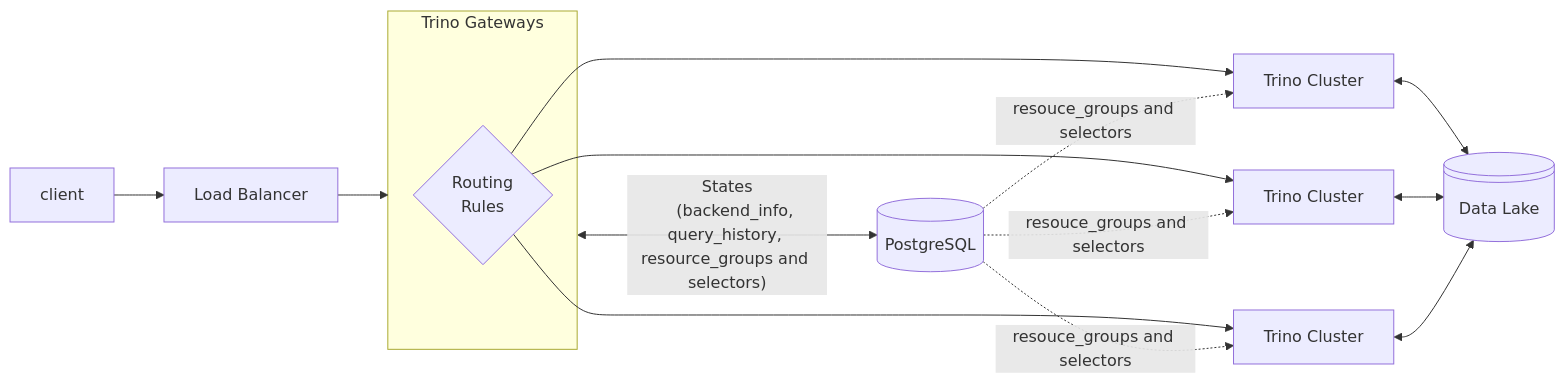
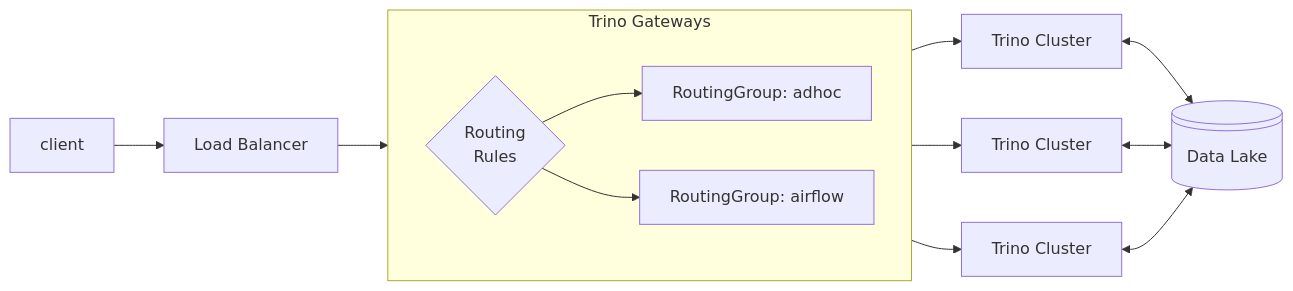
One commit to gavinjwl/trino-on-k8s changed the second of 4 diagrams in README.md. Above: the diagram before and after it, drawn with Mermaid. The commit also changed other lines of this file, not shown here.

````diff
--- a/README.md
+++ b/README.md
@@ -29,18 +30,19 @@
 ```mermaid
-graph LR
+flowchart LR
     client["client"]
     client --> lb["Load Balancer"]
 
-    lb["Load Balancer"] --> trino_gateway["Trino Gateway"]
+    lb --> trino_gateway
     subgraph trino_gateway["Trino Gateways"]
-        routing_rules@{ shape: diamond, label: "Routing
-        Rules" }
+        direction LR
+        routing_rules@{ shape: diamond, label: "Routing\nRules" }
+        rg1["RoutingGroup: adhoc"]
+        rg2["RoutingGroup: airflow"]
+        routing_rules --> rg1 & rg2
     end
 
-    routing_rules --> trino_cluster1["Trino Cluster"] & trino_cluster2["Trino Cluster"] & trino_cluster3["Trino Cluster"]
-    trino_gateway <--->|"States
-    (backend_info, query_history, resource_groups and selectors)"| postgres@{ shape: database, label: "PostgreSQL" }
+    rg1 --> trino_cluster1["Trino Cluster"]
+    rg2 --> trino_cluster2["Trino Cluster"] & trino_cluster3["Trino Cluster"]
+
     trino_cluster1["Trino Cluster"] & trino_cluster2["Trino Cluster"] & trino_cluster3["Trino Cluster"] <--> datalake@{ shape: lin-cyl, label: "Data Lake" }
-    
-    postgres -.->|"resouce_groups and selectors"| trino_cluster1["Trino Cluster"] & trino_cluster2["Trino Cluster"] & trino_cluster3["Trino Cluster"]
 ```
````
